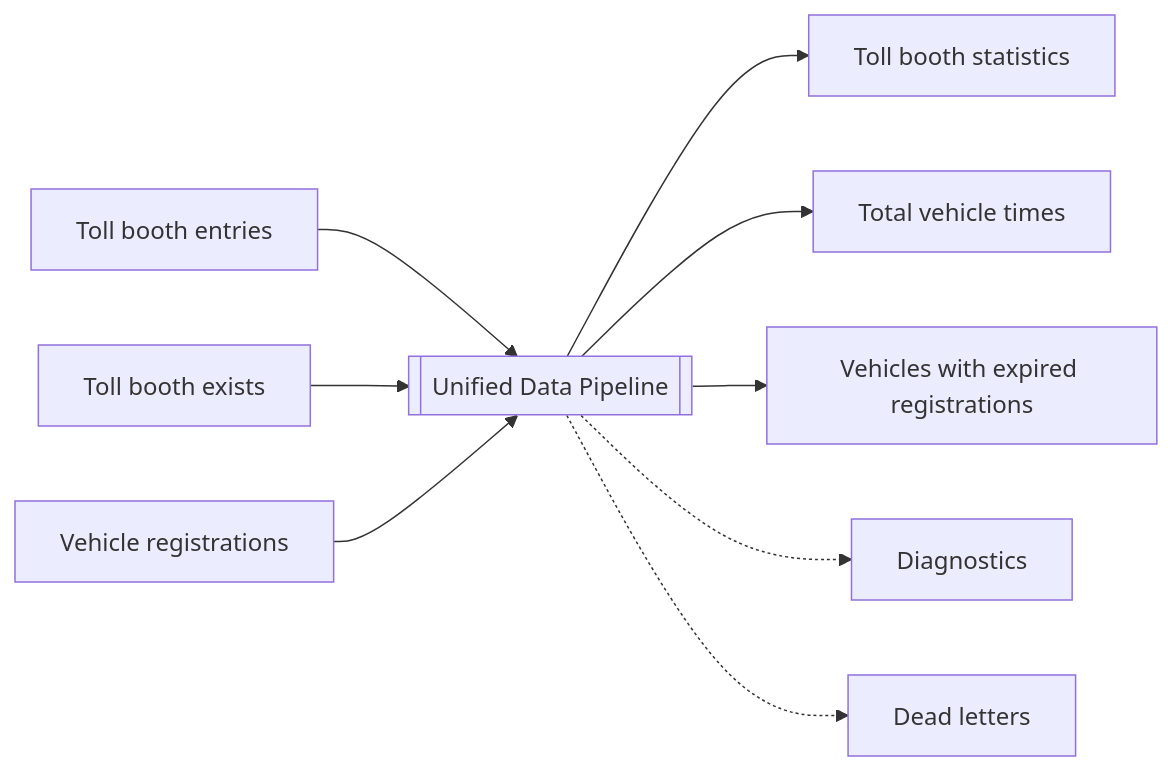
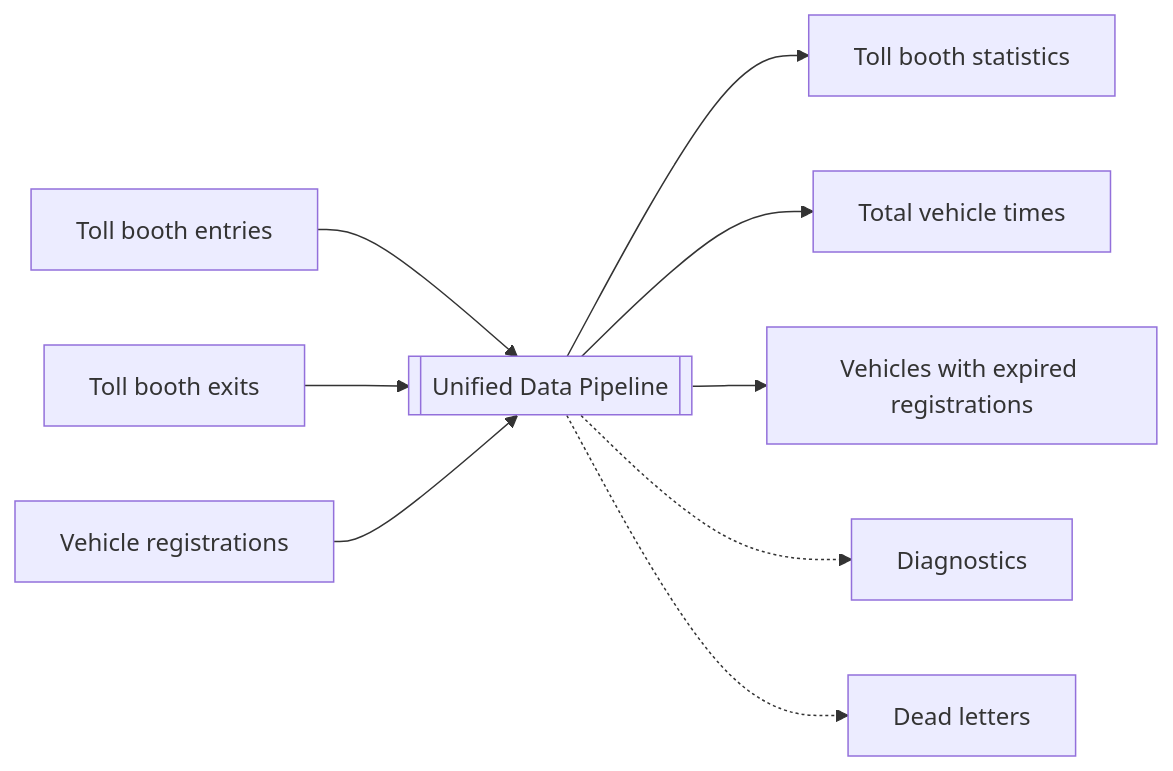
The third of 4 diagrams in _posts/2023-09-27-unified-batch-streaming.md (mkuthan/mkuthan.github.io), drawn with Mermaid before and after one commit. The commit also changed other lines of this file, not shown here.

````diff
--- a/_posts/2023-09-27-unified-batch-streaming.md
+++ b/_posts/2023-09-27-unified-batch-streaming.md
@@ -92,13 +91,13 @@
 ```mermaid
 graph LR
     toll-booth-entry[Toll booth entries]-->pipeline[[Unified Data Pipeline]]
-    toll-booth-exit[Toll booth exists]-->pipeline
+    toll-booth-exit[Toll booth exits]-->pipeline
     vehicle-registration-history[Vehicle registrations]-->pipeline
 
     pipeline-->toll-booth-stat[Toll booth statistics]
     pipeline-->total-vehicle-time[Total vehicle times]
     pipeline-->vehicles-with-expired-registration[Vehicles with expired registrations]
 
     pipeline-.->diagnostic[Diagnostics]
     pipeline-.->dlq[Dead letters]
 ```
````
